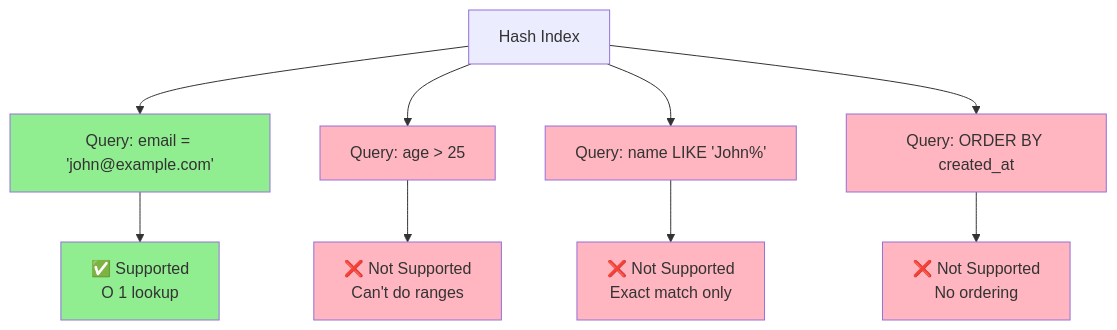
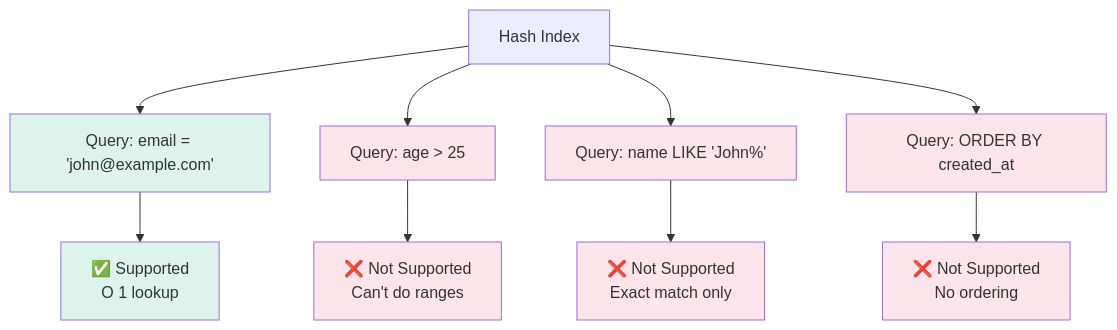
Before and after one commit to cartmancodes/InterviewVault: diagram 16 of 34 in LLD/CoreConcepts/DataIndexing.md, drawn with Mermaid. The commit also changed other lines of this file and 679 other files, not shown here.

Commit message:
Unify content diagrams and add accessible visual walkthroughs

````diff
--- a/LLD/CoreConcepts/DataIndexing.md
+++ b/LLD/CoreConcepts/DataIndexing.md
@@ -560,23 +560,23 @@
 ```mermaid
 flowchart TB
     START[Hash Index]
     
     START --> Q1[Query: email = 'john@example.com']
     START --> Q2[Query: age > 25]
     START --> Q3[Query: name LIKE 'John%']
     START --> Q4[Query: ORDER BY created_at]
     
     Q1 --> R1[✅ Supported<br/>O 1 lookup]
     Q2 --> R2[❌ Not Supported<br/>Can't do ranges]
     Q3 --> R3[❌ Not Supported<br/>Exact match only]
     Q4 --> R4[❌ Not Supported<br/>No ordering]
     
-    style Q1 fill:#90EE90
-    style Q2 fill:#FFB6C1
-    style Q3 fill:#FFB6C1
-    style Q4 fill:#FFB6C1
-    style R1 fill:#90EE90
-    style R2 fill:#FFB6C1
-    style R3 fill:#FFB6C1
-    style R4 fill:#FFB6C1
+    style Q1 fill:#DDF3EC
+    style Q2 fill:#FCE5EA
+    style Q3 fill:#FCE5EA
+    style Q4 fill:#FCE5EA
+    style R1 fill:#DDF3EC
+    style R2 fill:#FCE5EA
+    style R3 fill:#FCE5EA
+    style R4 fill:#FCE5EA
 ```
````
